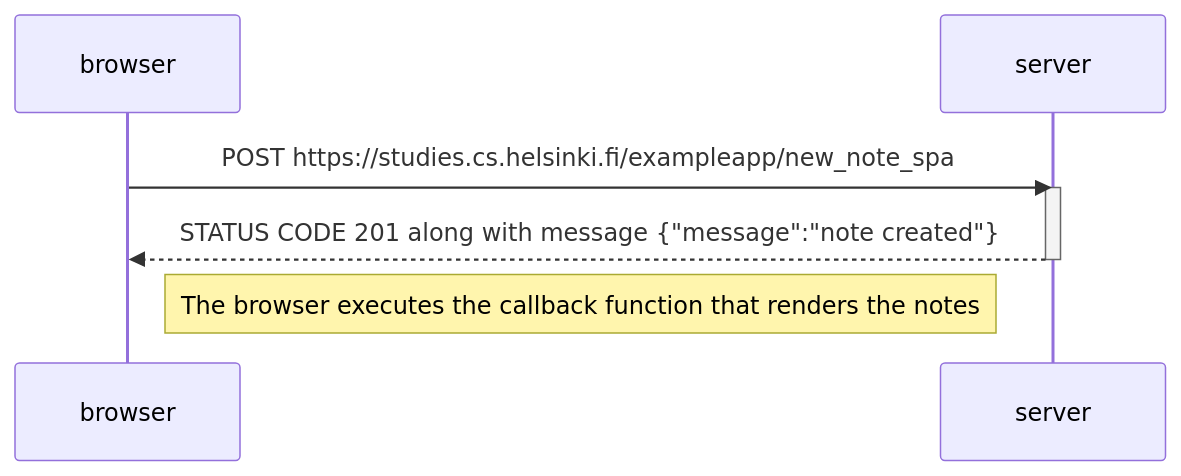
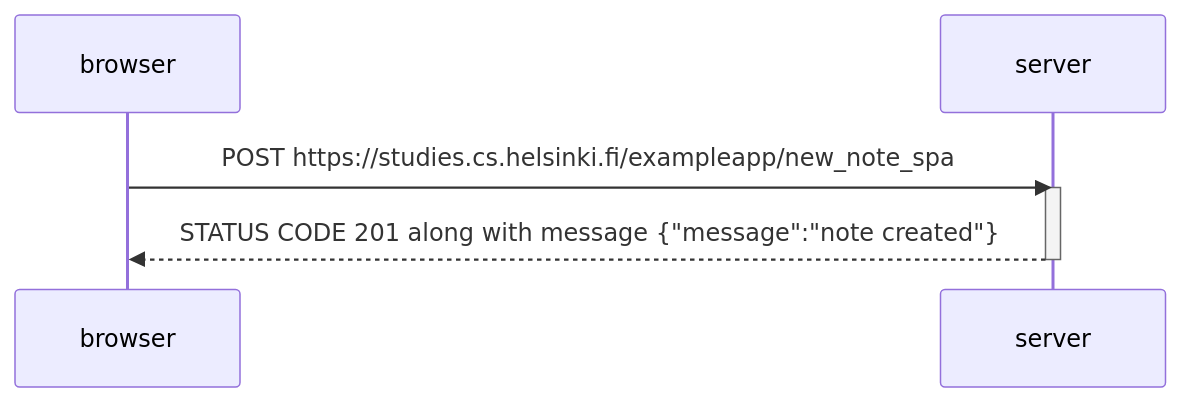
The diagram in part0_6.md (akpnim/part_0_FSO), drawn with Mermaid before and after one commit.

Commit message:
removed redundant note

````diff
--- a/part0_6.md
+++ b/part0_6.md
@@ -1,13 +1,10 @@
 ```mermaid
     sequenceDiagram
         participant browser
         participant server
 
         browser->>server: POST https://studies.cs.helsinki.fi/exampleapp/new_note_spa
         activate server
         server-->>browser: STATUS CODE 201 along with message {"message":"note created"}
         deactivate server
-
-
-        Note right of browser: The browser executes the callback function that renders the notes
 ```
````
